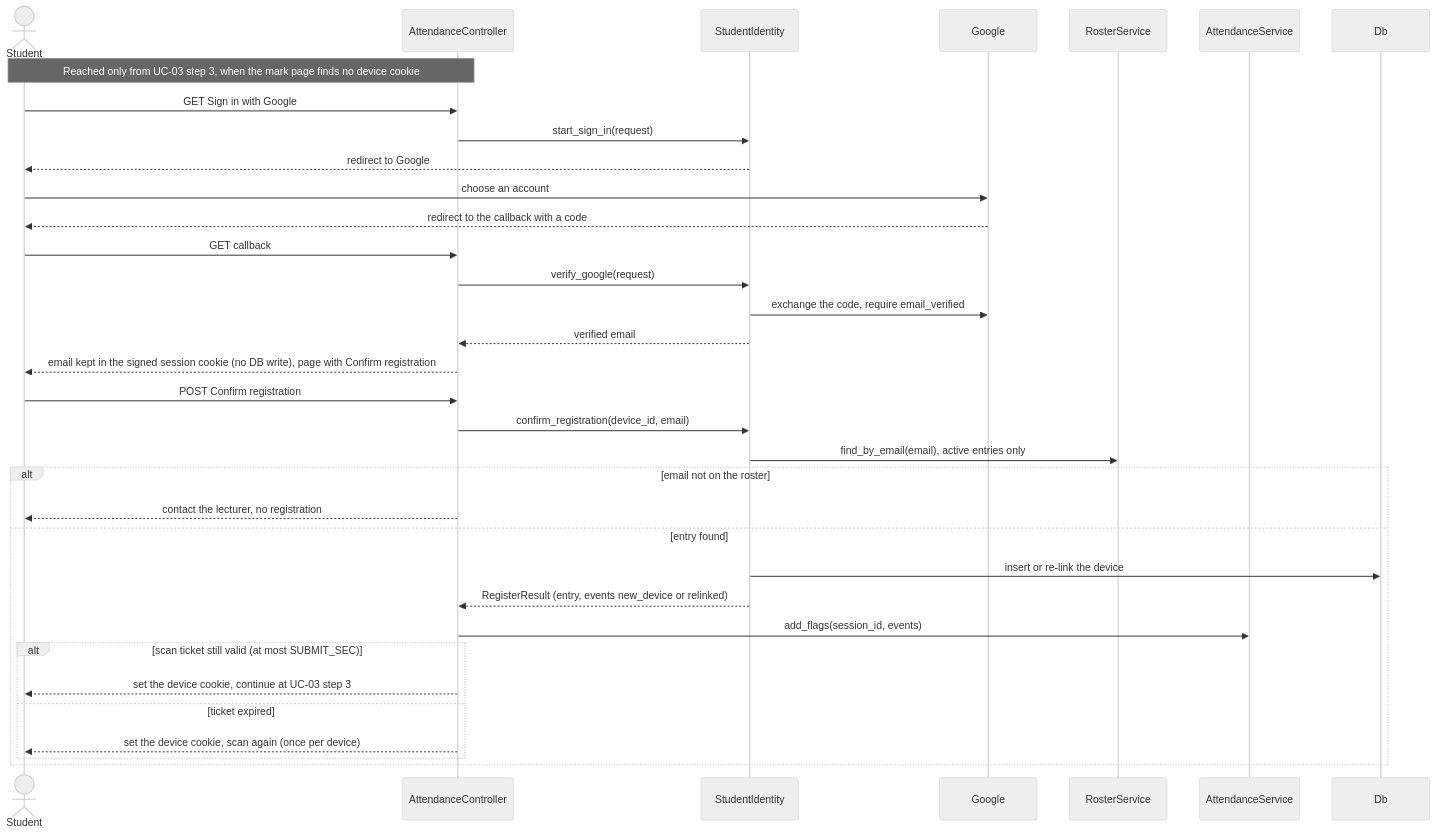
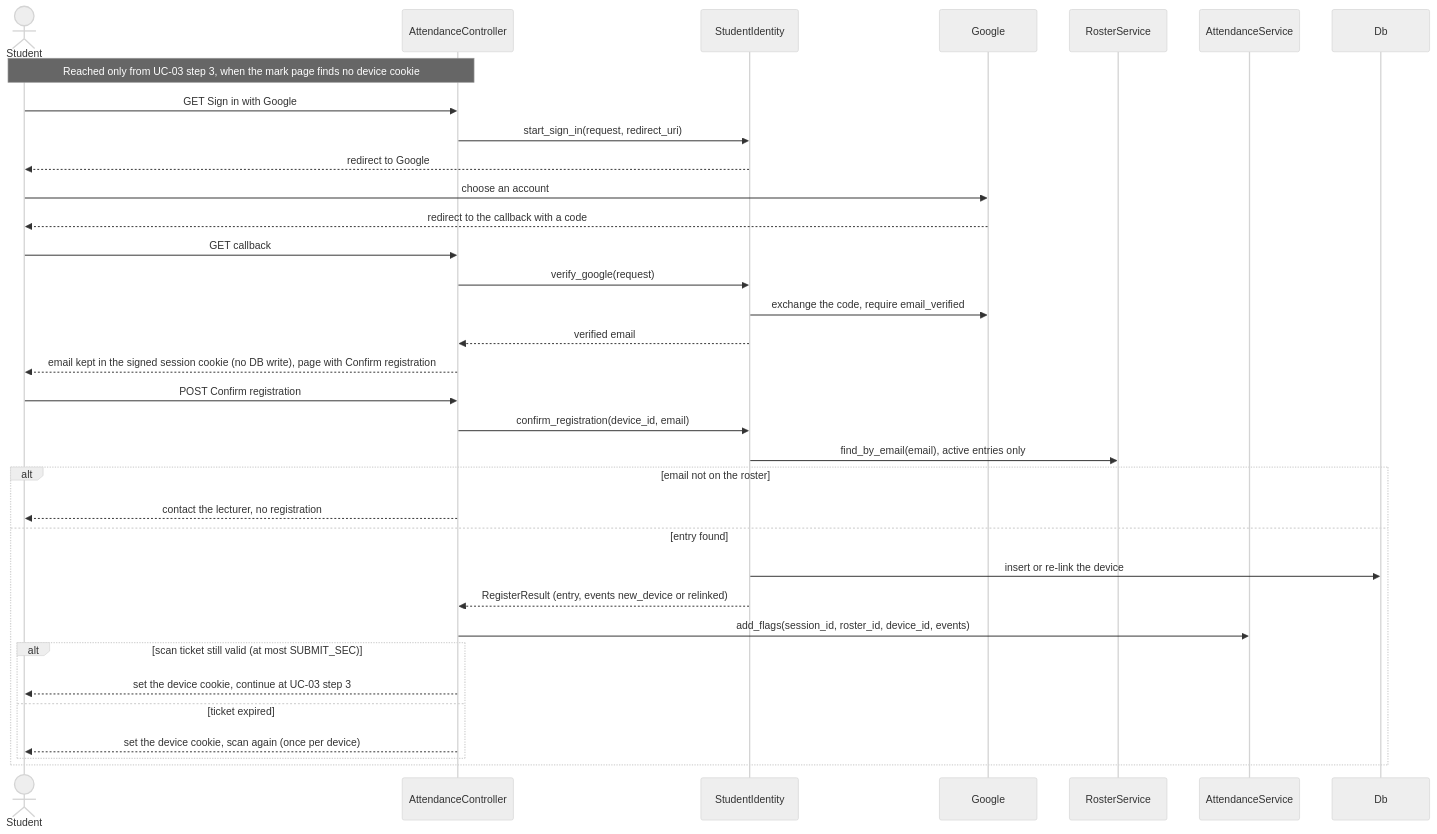
Before and after one commit to Gashaw-ambaw/Ex2: the fourth of 7 diagrams in docs/edd.md, drawn with Mermaid (neutral theme). The commit also changed other lines of this file and 3 other files, not shown here.

````diff
--- a/docs/edd.md
+++ b/docs/edd.md
@@ -313,36 +314,36 @@
 ```mermaid
 sequenceDiagram
   actor S as Student
   participant AC as AttendanceController
   participant SI as StudentIdentity
   participant G as Google
   participant RS as RosterService
   participant AS as AttendanceService
   participant DB as Db
   Note over S,AC: Reached only from UC-03 step 3, when the mark page finds no device cookie
   S->>AC: GET Sign in with Google
-  AC->>SI: start_sign_in(request)
+  AC->>SI: start_sign_in(request, redirect_uri)
   SI-->>S: redirect to Google
   S->>G: choose an account
   G-->>S: redirect to the callback with a code
   S->>AC: GET callback
   AC->>SI: verify_google(request)
   SI->>G: exchange the code, require email_verified
   SI-->>AC: verified email
   AC-->>S: email kept in the signed session cookie (no DB write), page with Confirm registration
   S->>AC: POST Confirm registration
   AC->>SI: confirm_registration(device_id, email)
   SI->>RS: find_by_email(email), active entries only
   alt email not on the roster
     AC-->>S: contact the lecturer, no registration
   else entry found
     SI->>DB: insert or re-link the device
     SI-->>AC: RegisterResult (entry, events new_device or relinked)
-    AC->>AS: add_flags(session_id, events)
+    AC->>AS: add_flags(session_id, roster_id, device_id, events)
     alt scan ticket still valid (at most SUBMIT_SEC)
       AC-->>S: set the device cookie, continue at UC-03 step 3
     else ticket expired
       AC-->>S: set the device cookie, scan again (once per device)
     end
   end
 ```
````
